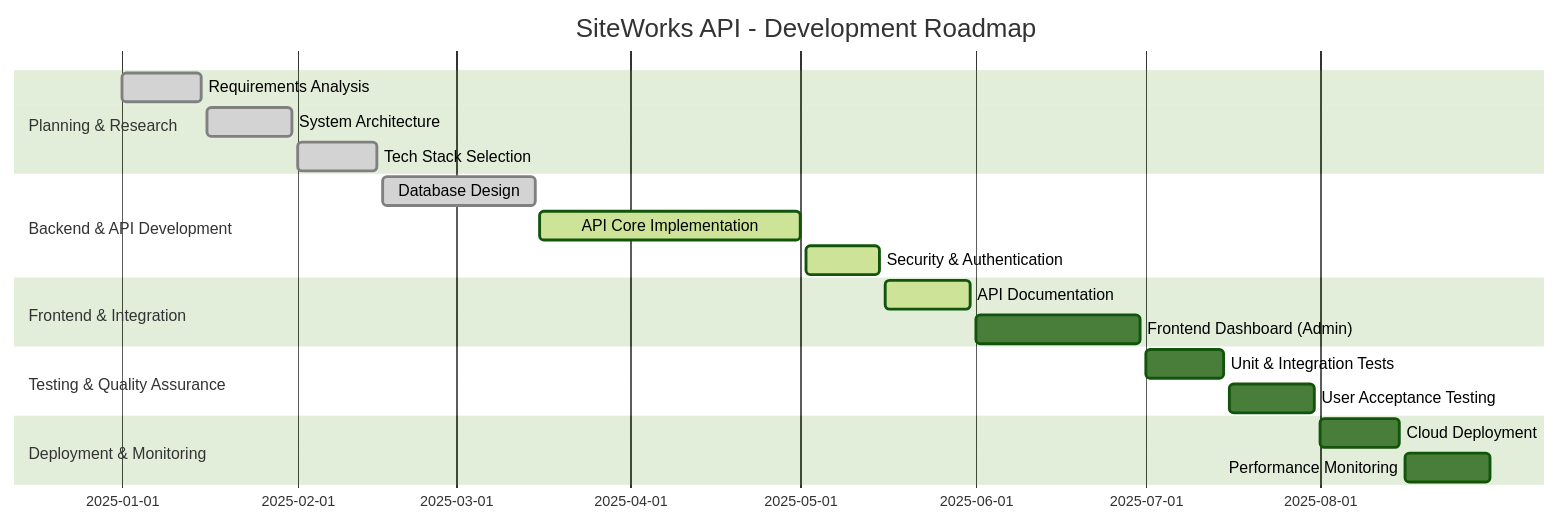
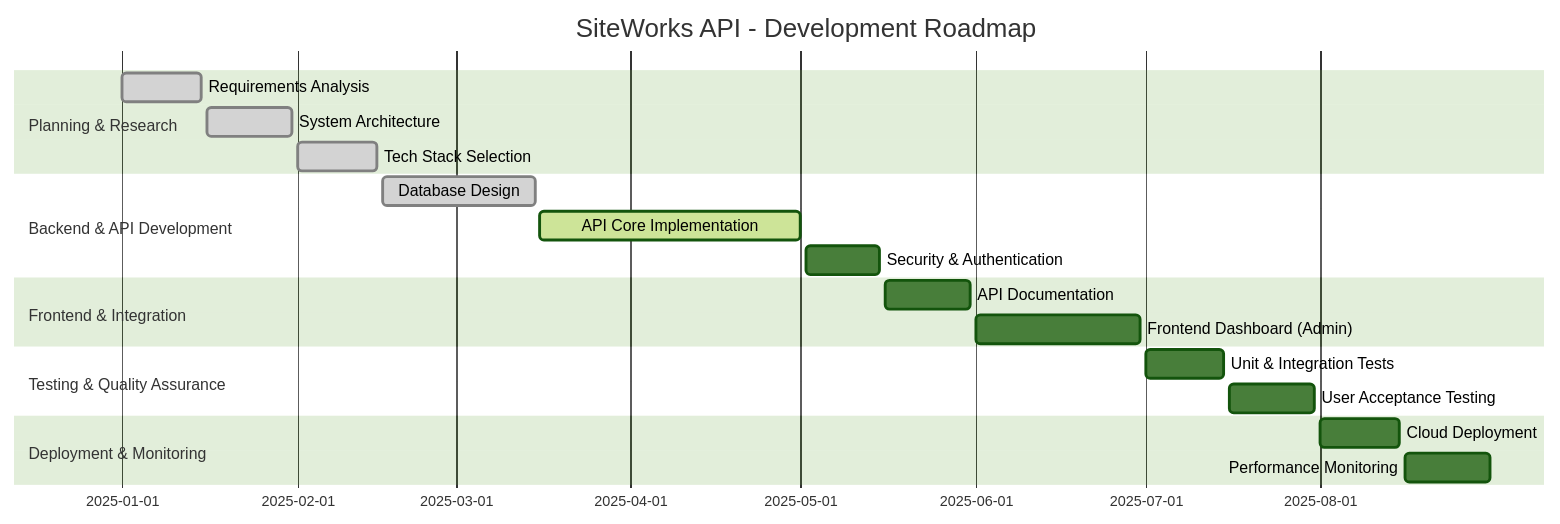
One commit to rui202212/siteworks-api-docs changed the diagram in docs/system-docs/roadmap.md. Above: the diagram before and after it, drawn with Mermaid (forest theme).

Commit message:
update roadmap

````diff
--- a/docs/system-docs/roadmap.md
+++ b/docs/system-docs/roadmap.md
@@ -19,26 +19,26 @@
 ```mermaid
 gantt
     title SiteWorks API - Development Roadmap
     dateFormat  YYYY-MM-DD
     section Planning & Research
     Requirements Analysis      :done, 2025-01-01, 2025-01-15
     System Architecture        :done, 2025-01-16, 2025-01-31
     Tech Stack Selection       :done, 2025-02-01, 2025-02-15
 
     section Backend & API Development
     Database Design            :done, 2025-02-16, 2025-03-15
     API Core Implementation    :active, 2025-03-16, 2025-05-01
-    Security & Authentication  :active, 2025-05-02, 2025-05-15
+    Security & Authentication  :2025-05-02, 2025-05-15
 
     section Frontend & Integration
-    API Documentation          :active, 2025-05-16, 2025-05-31
+    API Documentation          :2025-05-16, 2025-05-31
     Frontend Dashboard (Admin) :2025-06-01, 2025-06-30
 
     section Testing & Quality Assurance
     Unit & Integration Tests   :2025-07-01, 2025-07-15
     User Acceptance Testing    :2025-07-16, 2025-07-31
 
     section Deployment & Monitoring
     Cloud Deployment           :2025-08-01, 2025-08-15
     Performance Monitoring     :2025-08-16, 2025-08-31
 ```
````
